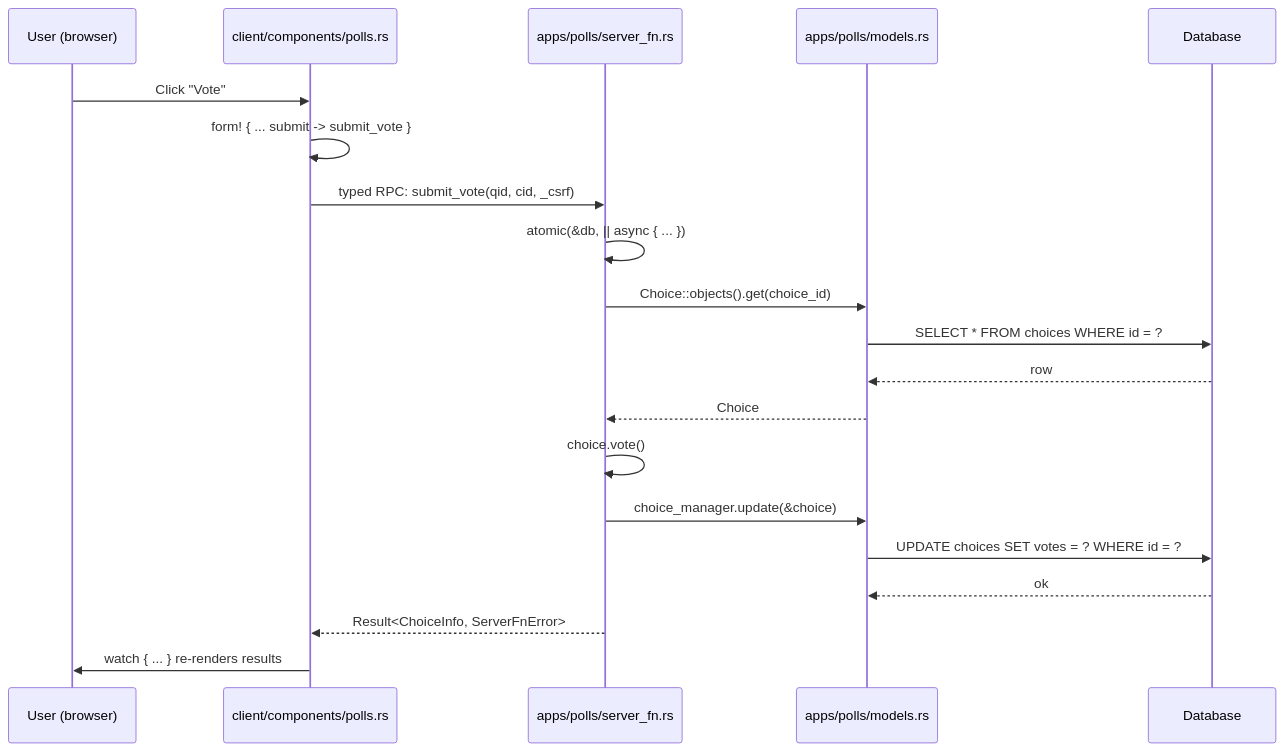
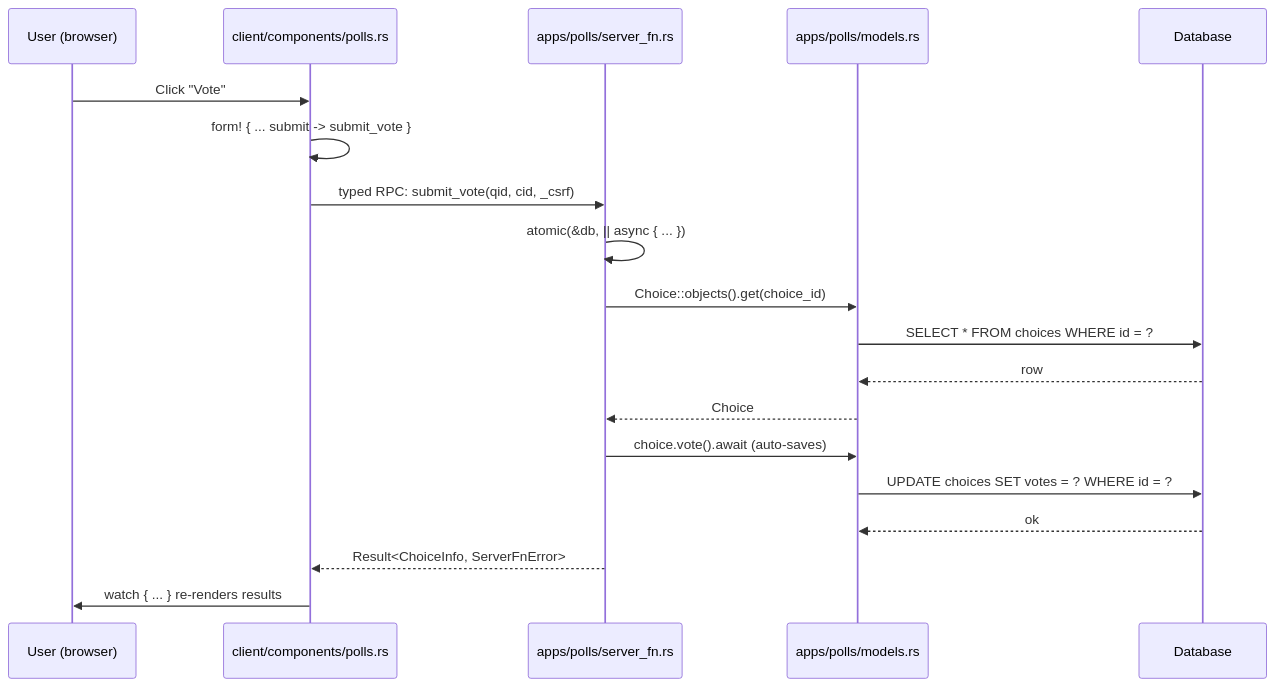
The first of 2 diagrams in website/content/quickstart/tutorials/basis/3-views-and-urls.md (kent8192/reinhardt-web), drawn with Mermaid before and after one commit. The commit also changed other lines of this file and 4 other files, not shown here.

````diff
--- a/website/content/quickstart/tutorials/basis/3-views-and-urls.md
+++ b/website/content/quickstart/tutorials/basis/3-views-and-urls.md
@@ -149,23 +149,22 @@
 ```mermaid
 sequenceDiagram
     participant U as User (browser)
     participant C as client/components/polls.rs
     participant S as apps/polls/server_fn.rs
     participant M as apps/polls/models.rs
     participant DB as Database
 
     U->>C: Click "Vote"
     C->>C: form! { ... submit -> submit_vote }
     C->>S: typed RPC: submit_vote(qid, cid, _csrf)
     S->>S: atomic(&db, || async { ... })
     S->>M: Choice::objects().get(choice_id)
     M->>DB: SELECT * FROM choices WHERE id = ?
     DB-->>M: row
     M-->>S: Choice
-    S->>S: choice.vote();
-    S->>M: choice_manager.update(&choice)
+    S->>M: choice.vote().await (auto-saves)
     M->>DB: UPDATE choices SET votes = ? WHERE id = ?
     DB-->>M: ok
     S-->>C: Result<ChoiceInfo, ServerFnError>
     C->>U: watch { ... } re-renders results
 ```
````
